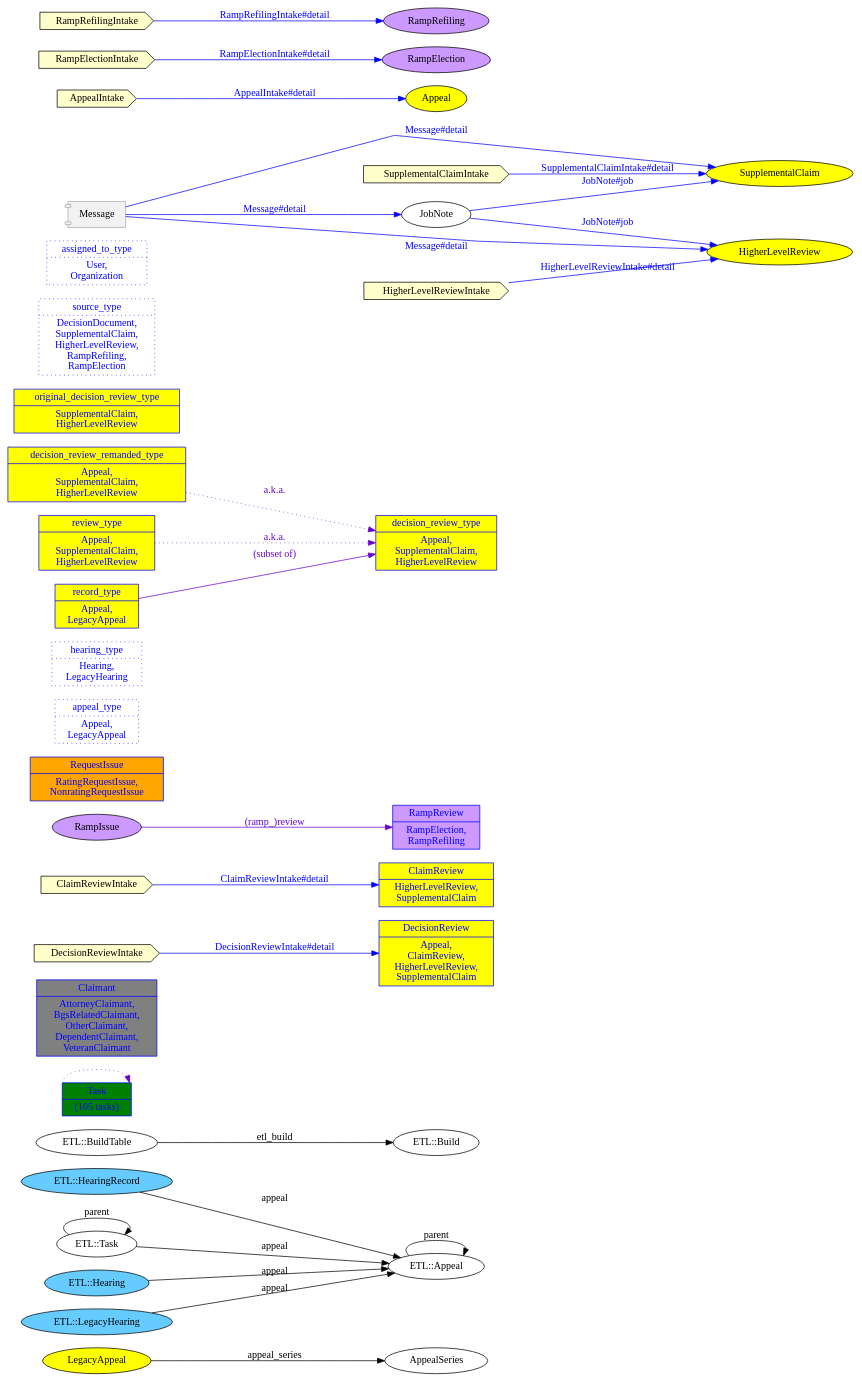
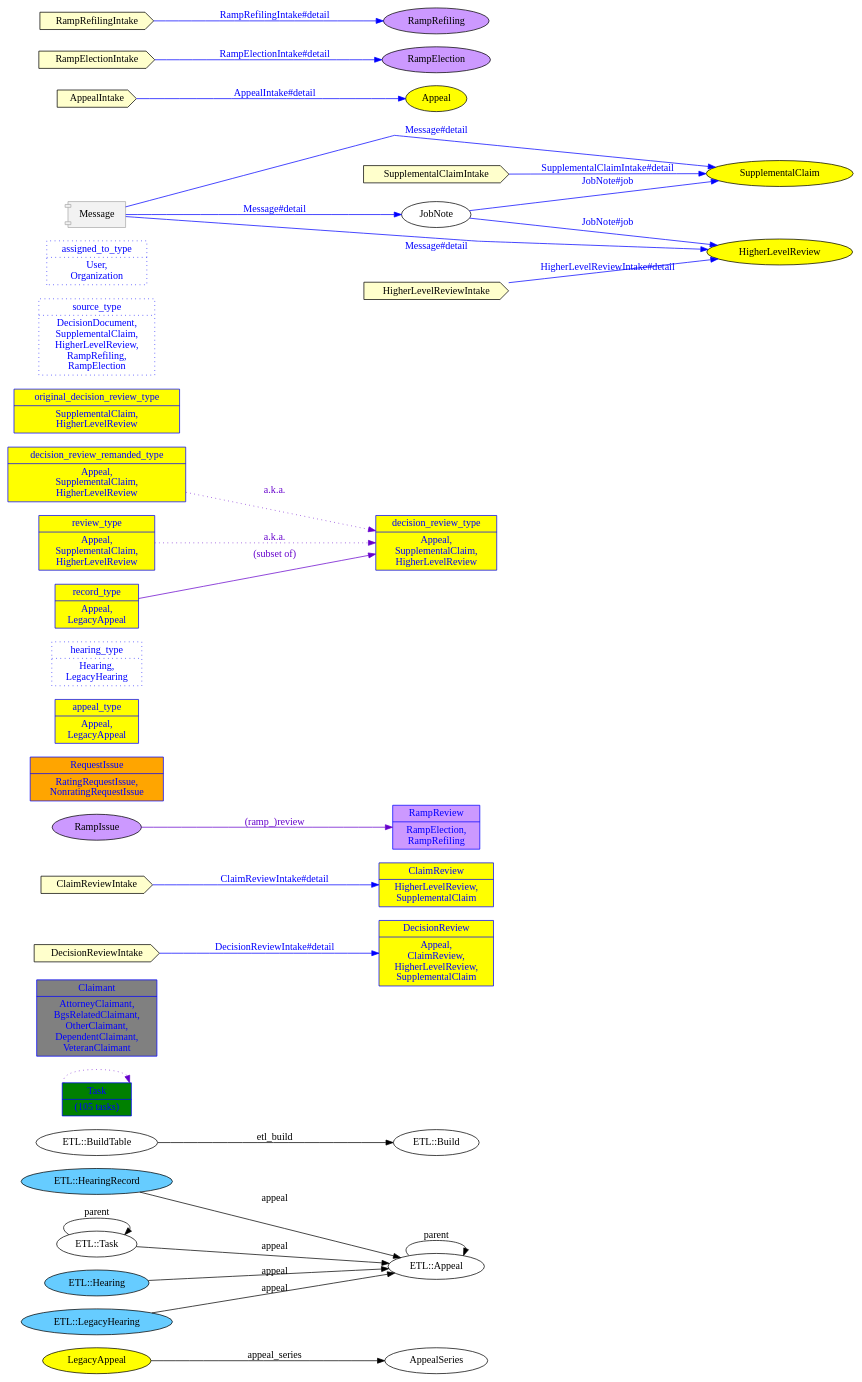
Before and after one commit to department-of-veterans-affairs/caseflow: the diagram in docs/schema/etl-belongs_to_erd.dot, drawn with Graphviz. The commit also changed 14 other files, not shown here.

```diff
--- a/docs/schema/etl-belongs_to_erd.dot
+++ b/docs/schema/etl-belongs_to_erd.dot
@@ -97,10 +97,11 @@
 		style=filled,
 		];
 	appeal_type	[color=blue,
+		fillcolor=yellow,
 		fontcolor=blue,
 		label="appeal_type|Appeal,\nLegacyAppeal",
 		shape=record,
-		style=dotted,
+		style=filled,
 		];
 	hearing_type	[color=blue,
 		fontcolor=blue,
```
